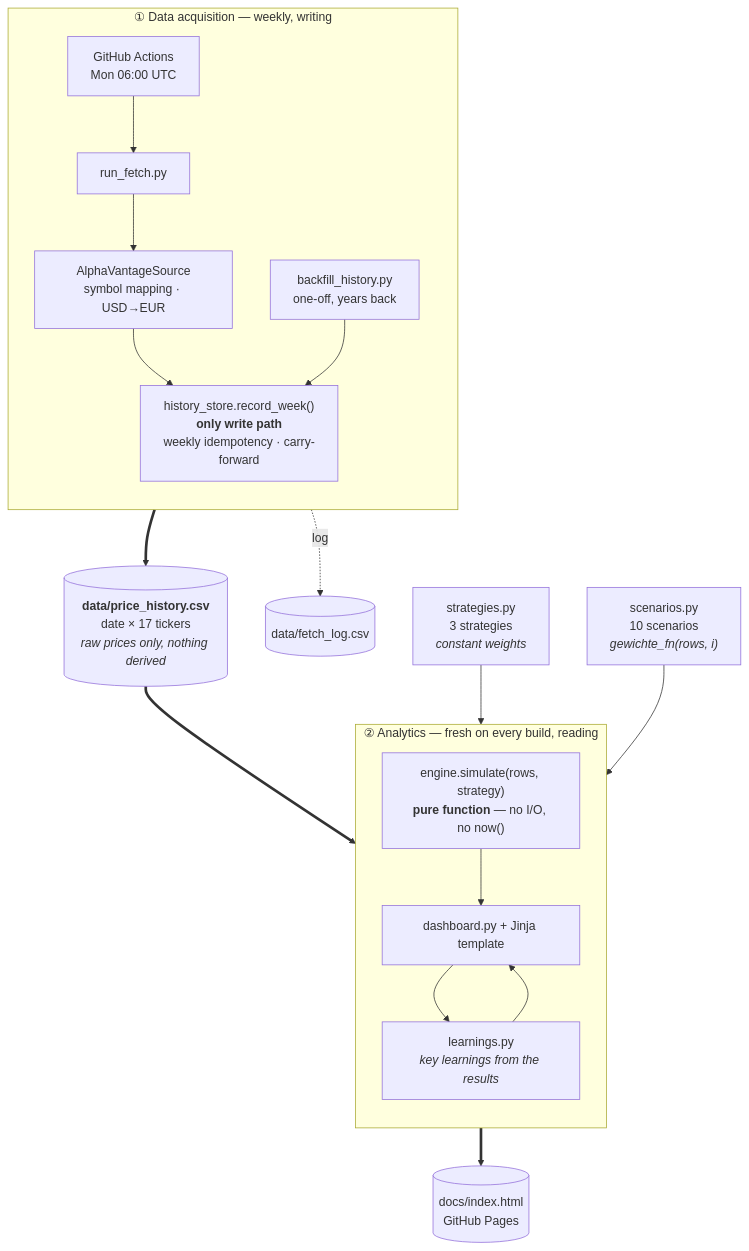
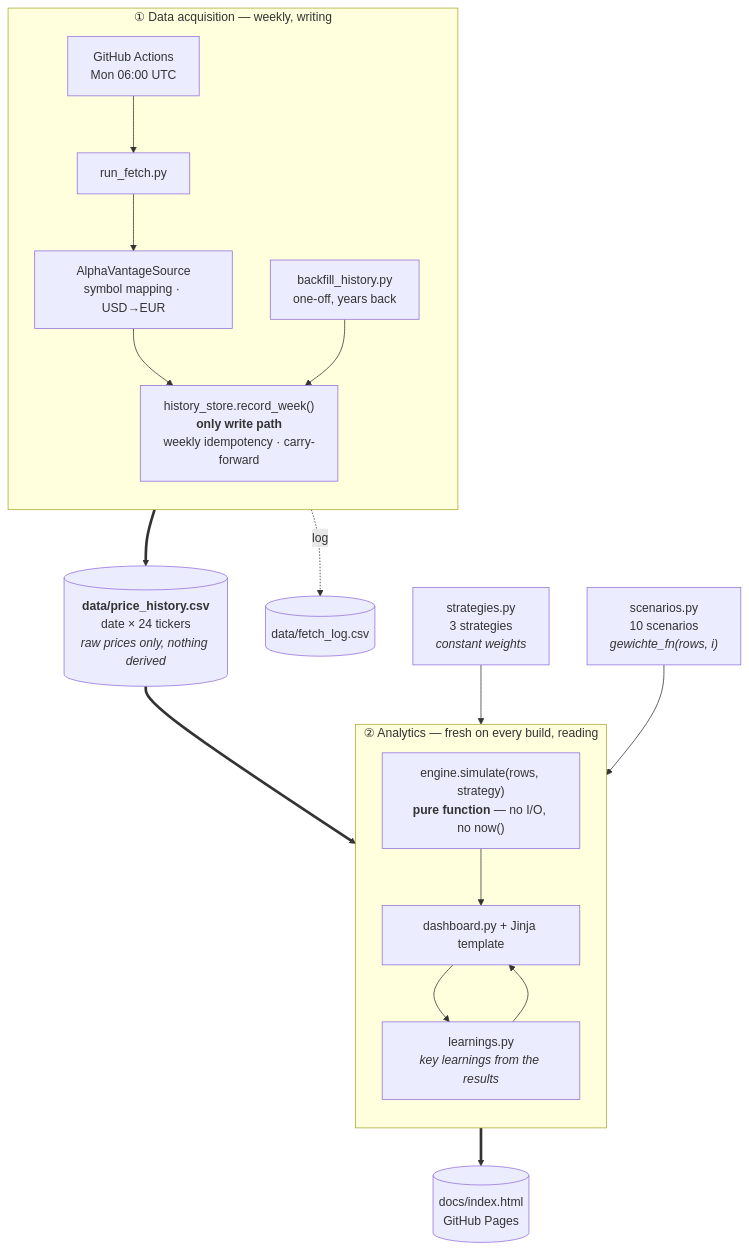
Before and after one commit to S540d/Boersenspiel: the diagram in README.md, drawn with Mermaid. The commit also changed other lines of this file and 5 other files, not shown here.

````diff
--- a/README.md
+++ b/README.md
@@ -47,27 +68,27 @@
 ```mermaid
 flowchart TB
     subgraph beschaffung["① Data acquisition — weekly, writing"]
         direction TB
         cron["GitHub Actions<br/>Mon 06:00 UTC"] --> fetch["run_fetch.py"]
         fetch --> av["AlphaVantageSource<br/>symbol mapping · USD→EUR"]
         av --> store
         back["backfill_history.py<br/>one-off, years back"] --> store
         store["history_store.record_week()<br/><b>only write path</b><br/>weekly idempotency · carry-forward"]
     end
 
-    store ==> csv[("<b>data/price_history.csv</b><br/>date × 17 tickers<br/><i>raw prices only, nothing derived</i>")]
+    store ==> csv[("<b>data/price_history.csv</b><br/>date × 24 tickers<br/><i>raw prices only, nothing derived</i>")]
     store -.log.-> log[("data/fetch_log.csv")]
 
     subgraph auswertung["② Analytics — fresh on every build, reading"]
         direction TB
         sim["engine.simulate(rows, strategy)<br/><b>pure function</b> — no I/O, no now()"]
         sim --> dash["dashboard.py + Jinja template"]
         dash --> learn["learnings.py<br/><i>key learnings from the results</i>"]
         learn --> dash
     end
 
     csv ==> sim
     strat["strategies.py<br/>3 strategies<br/><i>constant weights</i>"] --> sim
     scen["scenarios.py<br/>10 scenarios<br/><i>gewichte_fn(rows, i)</i>"] --> sim
     dash ==> html[("docs/index.html<br/>GitHub Pages")]
 ```
````
